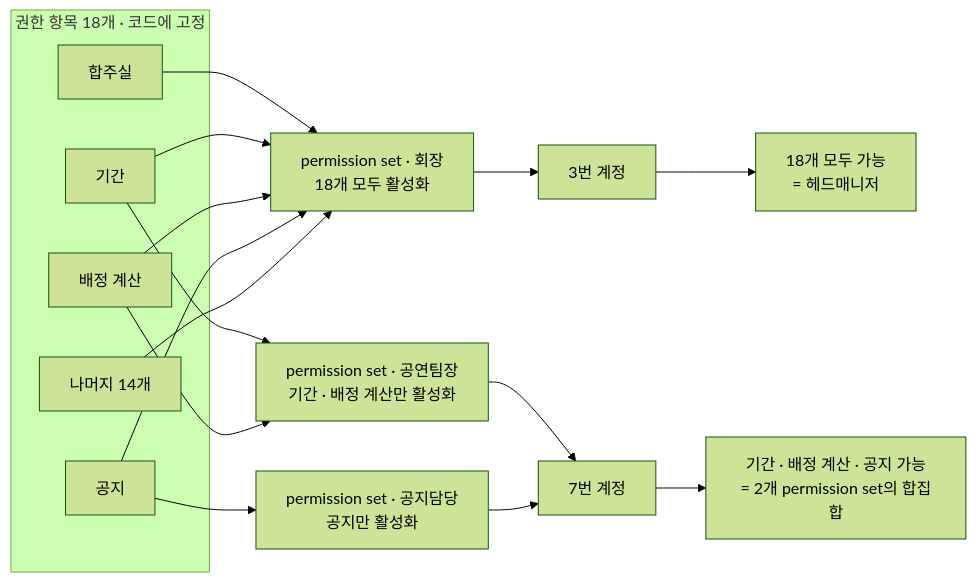
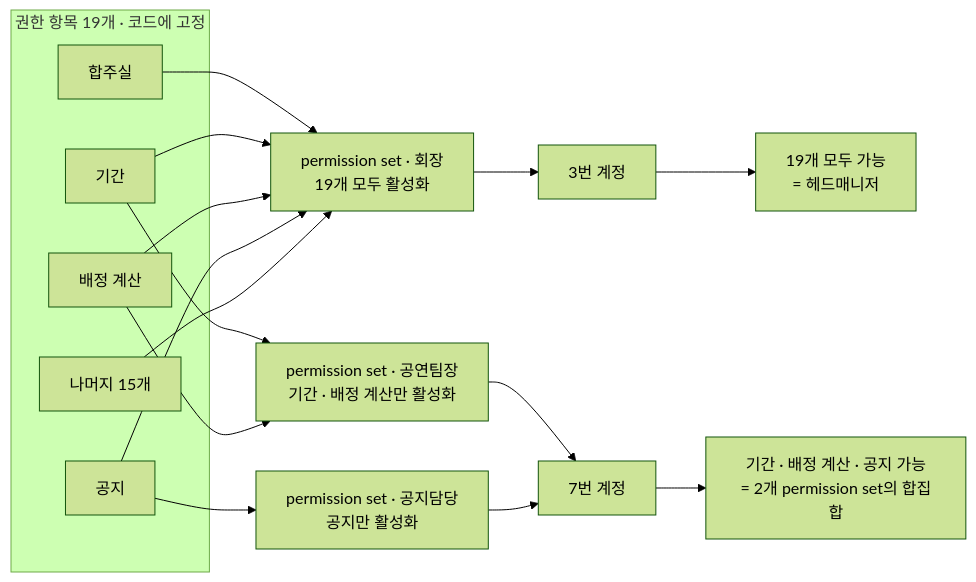
Before and after one commit to minkong-dev/Banblit: the third of 4 diagrams in .cluedoc/accounts-and-roles/README.md, drawn with Mermaid (forest theme). The commit also changed other lines of this file and 6 other files, not shown here.

Commit message:
docs: sync cluedoc papers for permission set protection, everyday periods, and member expulsion

````diff
--- a/.cluedoc/accounts-and-roles/README.md
+++ b/.cluedoc/accounts-and-roles/README.md
@@ -324,23 +345,23 @@
 ```mermaid
 flowchart LR
-    subgraph I[권한 항목 18개 · 코드에 고정]
+    subgraph I[권한 항목 19개 · 코드에 고정]
         A1[합주실]
         A2[기간]
         A3[배정 계산]
         A4[공지]
-        A5[나머지 14개]
+        A5[나머지 15개]
     end
     A1 --> B1
     A2 --> B1
     A3 --> B1
     A4 --> B1
     A5 --> B1
     A2 --> B2
     A3 --> B2
     A4 --> B3
-    B1[permission set · 회장<br/>18개 모두 활성화] --> M1[3번 계정]
+    B1[permission set · 회장<br/>19개 모두 활성화] --> M1[3번 계정]
     B2[permission set · 공연팀장<br/>기간 · 배정 계산만 활성화] --> M2[7번 계정]
     B3[permission set · 공지담당<br/>공지만 활성화] --> M2
-    M1 --> R1[18개 모두 가능<br/>= 헤드매니저]
+    M1 --> R1[19개 모두 가능<br/>= 헤드매니저]
     M2 --> R2[기간 · 배정 계산 · 공지 가능<br/>= 2개 permission set의 합집합]
 ```
````
